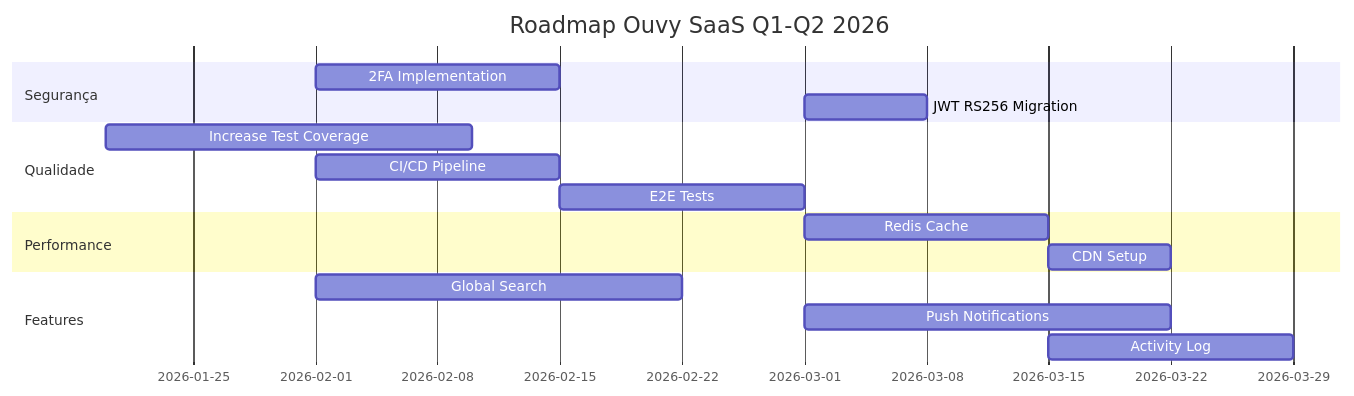
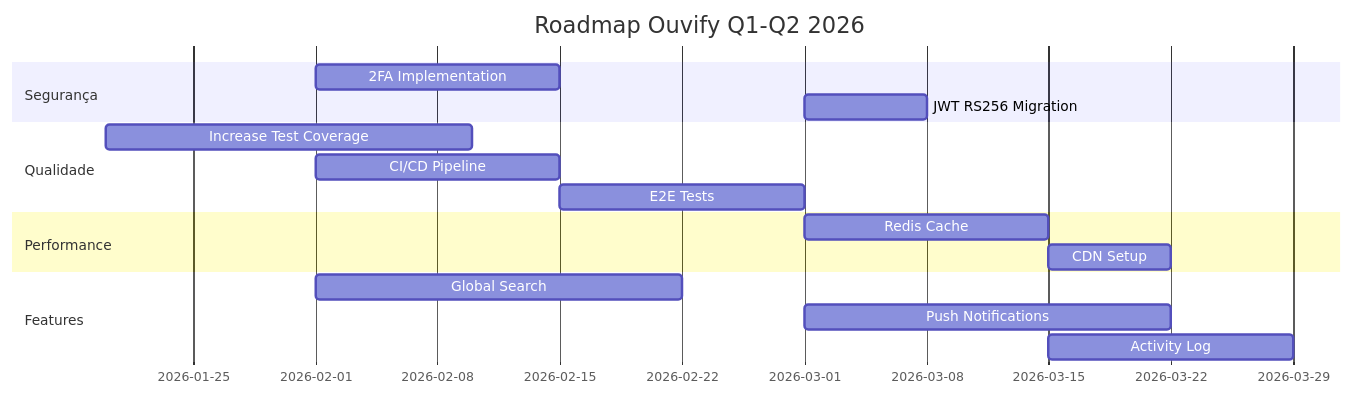
Before and after one commit to jairguerraadv-sys/Ouvify: the diagram in AUDITORIA_TECNICA_COMPLETA_2026.md, drawn with Mermaid. The commit also changed other lines of this file and 176 other files, not shown here.

First line of the commit message:
rebrand: Ouvy → Ouvify complete - 109+ files updated

````diff
--- a/AUDITORIA_TECNICA_COMPLETA_2026.md
+++ b/AUDITORIA_TECNICA_COMPLETA_2026.md
@@ -458,19 +458,19 @@
 ```mermaid
 gantt
-    title Roadmap Ouvy SaaS Q1-Q2 2026
+    title Roadmap Ouvify Q1-Q2 2026
     dateFormat  YYYY-MM-DD
     section Segurança
     2FA Implementation     :2026-02-01, 14d
     JWT RS256 Migration    :2026-03-01, 7d
     section Qualidade
     Increase Test Coverage :2026-01-20, 21d
     CI/CD Pipeline         :2026-02-01, 14d
     E2E Tests              :2026-02-15, 14d
     section Performance
     Redis Cache            :2026-03-01, 14d
     CDN Setup              :2026-03-15, 7d
     section Features
     Global Search          :2026-02-01, 21d
     Push Notifications     :2026-03-01, 21d
     Activity Log           :2026-03-15, 14d
 ```
````
